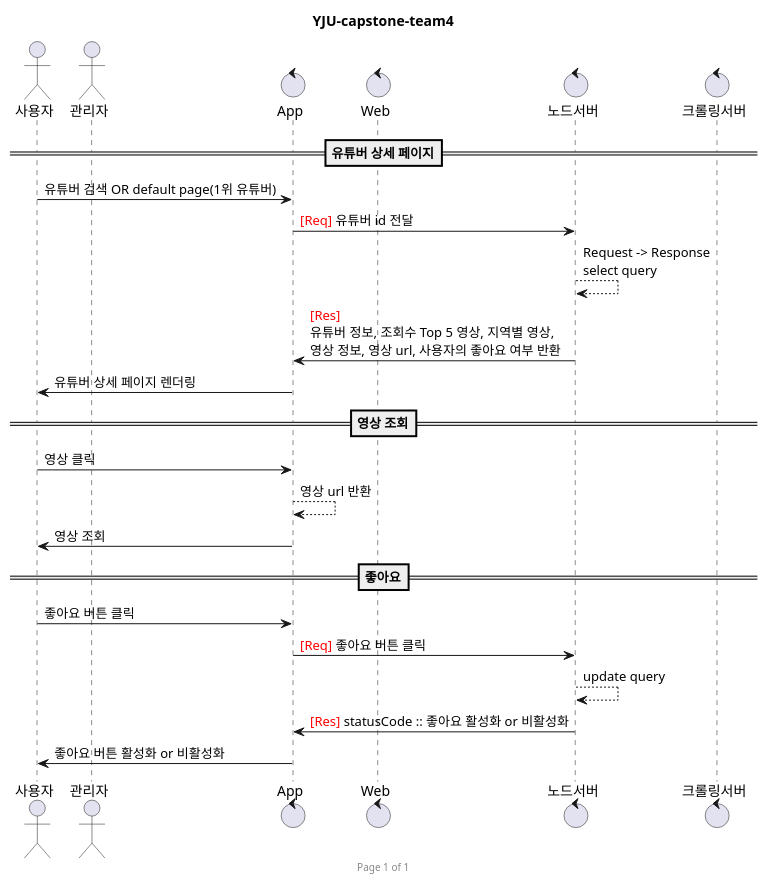
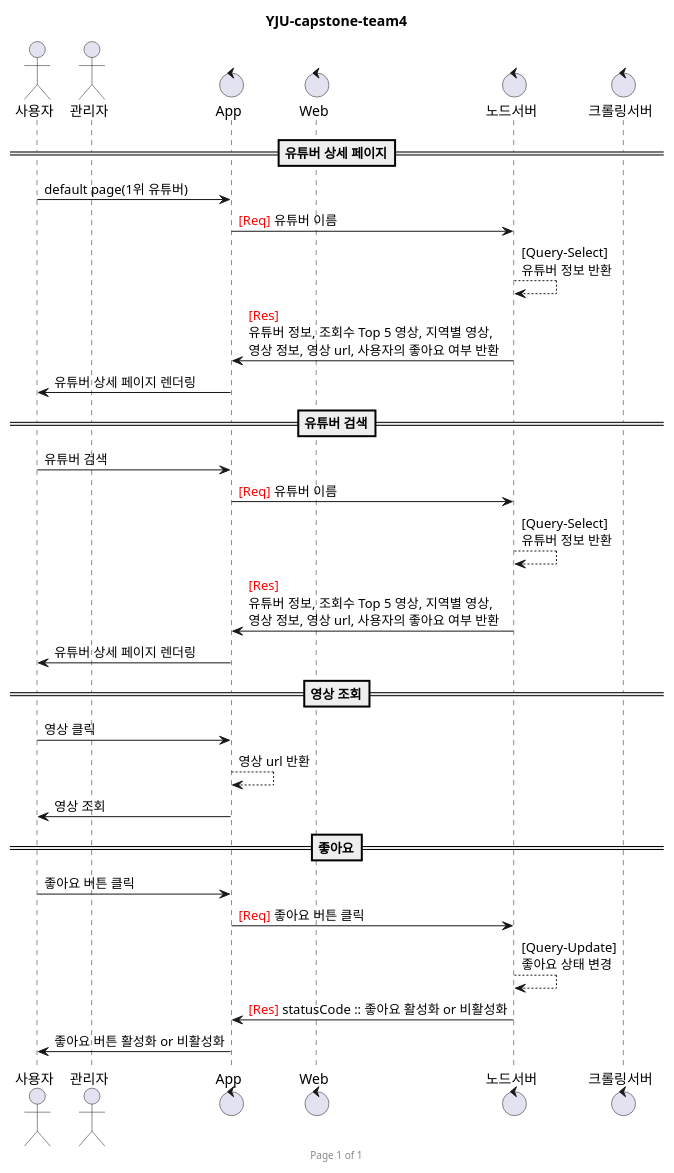
The diagram in youtuber_info.wsd (Samsam-lee/React.js-project-AdminWeb), drawn with PlantUML before and after one commit. The commit also changed 3 other files, not shown here.

```diff
--- a/youtuber_info.wsd
+++ b/youtuber_info.wsd
@@ -1,33 +1,40 @@
 @startuml
 
 title YJU-capstone-team4
 footer Page %page% of %lastpage%
 
 actor 사용자 as User
 actor 관리자 as Admin
 
 control App
 control Web
 control 노드서버 as Node
 control 크롤링서버 as Lamda
 
 ==유튜버 상세 페이지==
-User -> App : 유튜버 검색 OR default page(1위 유튜버)
-    App -> Node : <font color=red>[Req]</font> 유튜버 id 전달
-        Node --> Node : Request -> Response\nselect query
+User -> App : default page(1위 유튜버)
+    App -> Node : <font color=red>[Req]</font> 유튜버 이름
+        Node --> Node : [Query-Select]\n유튜버 정보 반환
+    Node -> App : <font color=red>[Res]</font>\n유튜버 정보, 조회수 Top 5 영상, 지역별 영상,\n영상 정보, 영상 url, 사용자의 좋아요 여부 반환
+App -> User : 유튜버 상세 페이지 렌더링
+
+==유튜버 검색==
+User -> App : 유튜버 검색
+    App -> Node : <font color=red>[Req]</font> 유튜버 이름
+        Node --> Node : [Query-Select]\n유튜버 정보 반환
     Node -> App : <font color=red>[Res]</font>\n유튜버 정보, 조회수 Top 5 영상, 지역별 영상,\n영상 정보, 영상 url, 사용자의 좋아요 여부 반환
 App -> User : 유튜버 상세 페이지 렌더링
 
 ==영상 조회==
 User -> App : 영상 클릭
     App --> App : 영상 url 반환
 App -> User : 영상 조회
 
 ==좋아요==
 User -> App : 좋아요 버튼 클릭
     App -> Node : <font color=red>[Req]</font> 좋아요 버튼 클릭
-        Node --> Node : update query
+        Node --> Node : [Query-Update]\n좋아요 상태 변경
     Node -> App : <font color=red>[Res]</font> statusCode :: 좋아요 활성화 or 비활성화
 App -> User : 좋아요 버튼 활성화 or 비활성화
 
 @enduml
```
